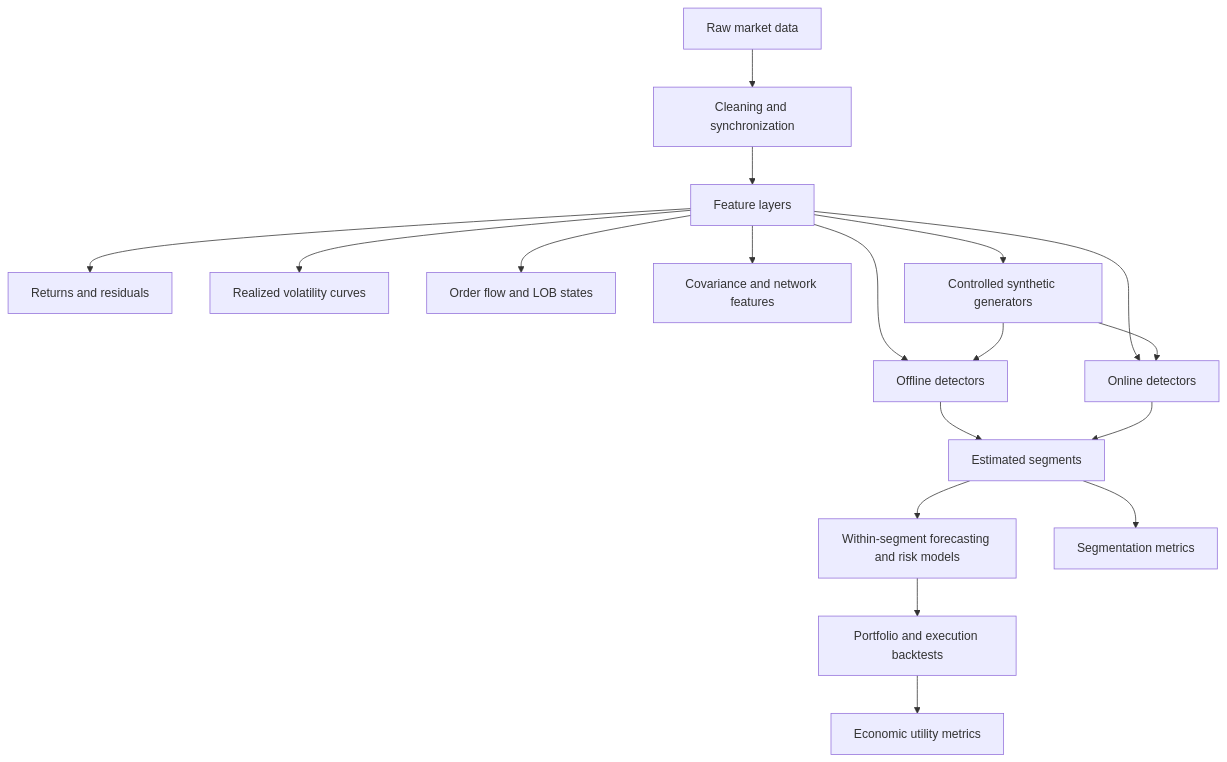
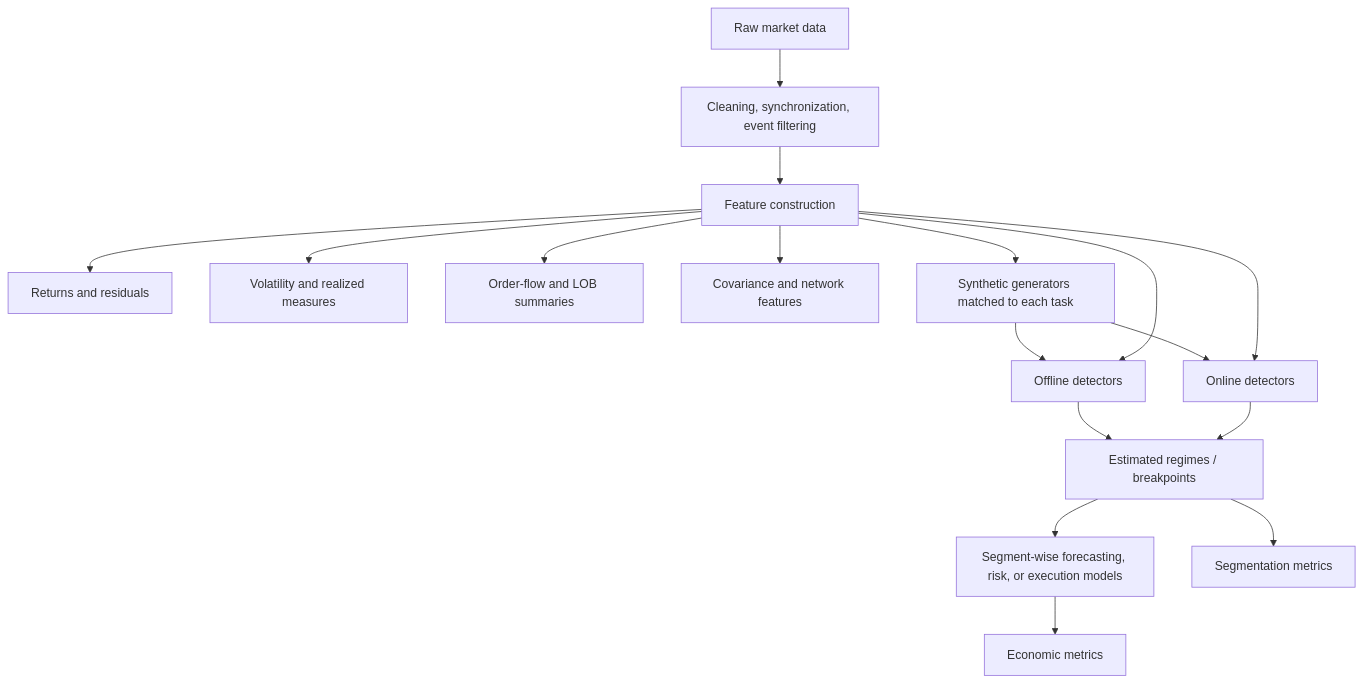
Before and after one commit to gigichen880/changept-detection: the first of 2 diagrams in deep-research-report.md, drawn with Mermaid. The commit also changed other lines of this file, not shown here.

````diff
--- a/deep-research-report.md
+++ b/deep-research-report.md
@@ -61,20 +178,19 @@
 ```mermaid
 flowchart TD
-    A[Raw market data] --> B[Cleaning and synchronization]
-    B --> C[Feature layers]
+    A[Raw market data] --> B[Cleaning, synchronization, event filtering]
+    B --> C[Feature construction]
     C --> C1[Returns and residuals]
-    C --> C2[Realized volatility curves]
-    C --> C3[Order flow and LOB states]
+    C --> C2[Volatility and realized measures]
+    C --> C3[Order-flow and LOB summaries]
     C --> C4[Covariance and network features]
-    C --> D[Controlled synthetic generators]
-    C --> E[Offline detectors]
-    C --> F[Online detectors]
-    D --> E
-    D --> F
-    E --> G[Estimated segments]
+    C --> D[Synthetic generators matched to each task]
+    D --> E[Offline detectors]
+    D --> F[Online detectors]
+    C --> E
+    C --> F
+    E --> G[Estimated regimes / breakpoints]
     F --> G
-    G --> H[Within-segment forecasting and risk models]
+    G --> H[Segment-wise forecasting, risk, or execution models]
     G --> I[Segmentation metrics]
-    H --> J[Portfolio and execution backtests]
-    J --> K[Economic utility metrics]
+    H --> J[Economic metrics]
 ```
````
